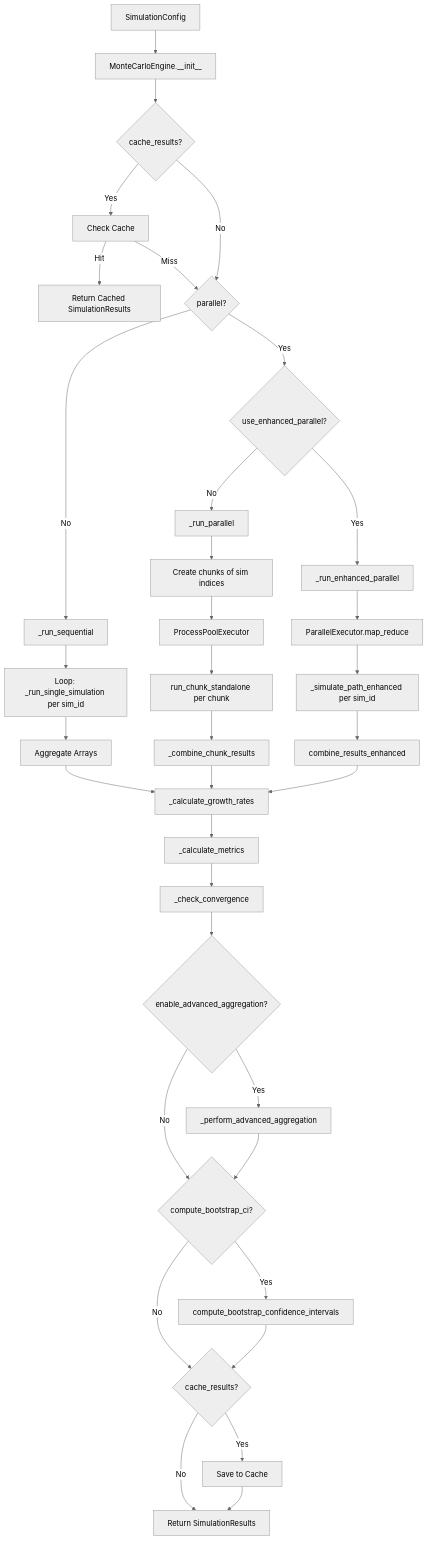
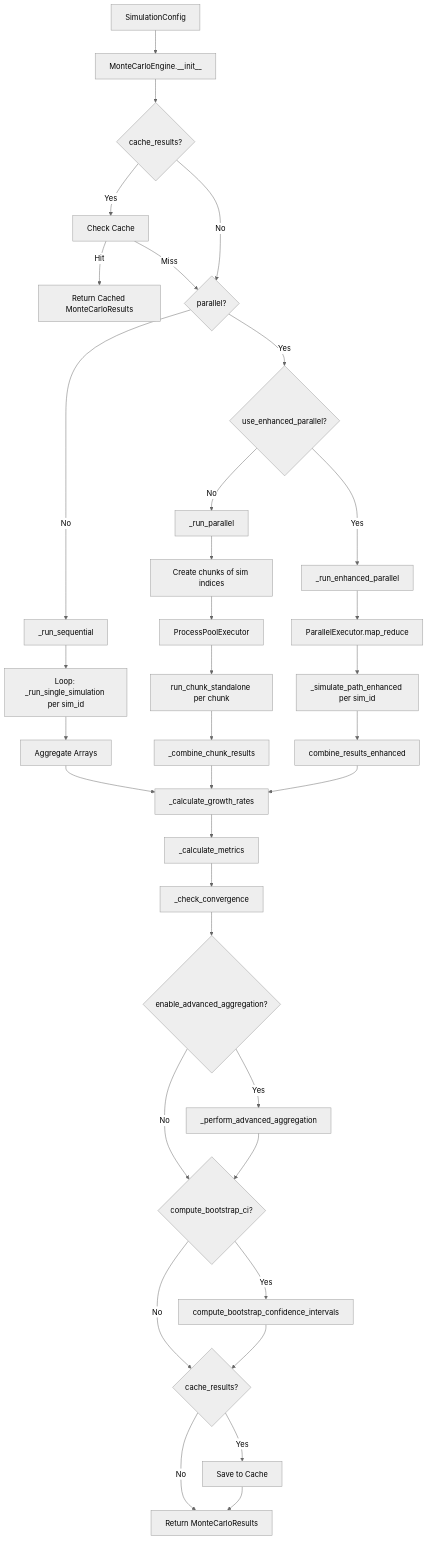
The first of 8 diagrams in ergodic_insurance/docs/architecture/monte_carlo_architecture.md (AlexFiliakov/Ergodic-Insurance-Limits), drawn with Mermaid (neutral theme) before and after one commit. The commit also changed other lines of this file and 105 other files, not shown here.

First line of the commit message:
feat!: API cleanup — rename SimulationResults, deprecate InsurancePolicy, and fix validation (#579)

````diff
--- a/ergodic_insurance/docs/architecture/monte_carlo_architecture.md
+++ b/ergodic_insurance/docs/architecture/monte_carlo_architecture.md
@@ -28,46 +28,46 @@
 ```{mermaid}
 flowchart TD
     A[SimulationConfig] --> B[MonteCarloEngine.__init__]
     B --> C{cache_results?}
     C -- Yes --> D[Check Cache]
-    D -- Hit --> E[Return Cached SimulationResults]
+    D -- Hit --> E[Return Cached MonteCarloResults]
     D -- Miss --> F{parallel?}
     C -- No --> F
 
     F -- No --> G[_run_sequential]
     F -- Yes --> H{use_enhanced_parallel?}
 
     H -- Yes --> I[_run_enhanced_parallel]
     H -- No --> J[_run_parallel]
 
     G --> K[Loop: _run_single_simulation per sim_id]
     J --> L[Create chunks of sim indices]
     L --> M[ProcessPoolExecutor]
     M --> N[run_chunk_standalone per chunk]
     I --> O[ParallelExecutor.map_reduce]
     O --> P[_simulate_path_enhanced per sim_id]
 
     K --> Q[Aggregate Arrays]
     N --> R[_combine_chunk_results]
     P --> S[combine_results_enhanced]
 
     Q --> T[_calculate_growth_rates]
     R --> T
     S --> T
 
     T --> U[_calculate_metrics]
     U --> V[_check_convergence]
     V --> W{enable_advanced_aggregation?}
 
     W -- Yes --> X[_perform_advanced_aggregation]
     W -- No --> Y{compute_bootstrap_ci?}
     X --> Y
 
     Y -- Yes --> Z[compute_bootstrap_confidence_intervals]
     Y -- No --> AA{cache_results?}
     Z --> AA
 
     AA -- Yes --> AB[Save to Cache]
-    AA -- No --> AC[Return SimulationResults]
+    AA -- No --> AC[Return MonteCarloResults]
     AB --> AC
 ```
````
